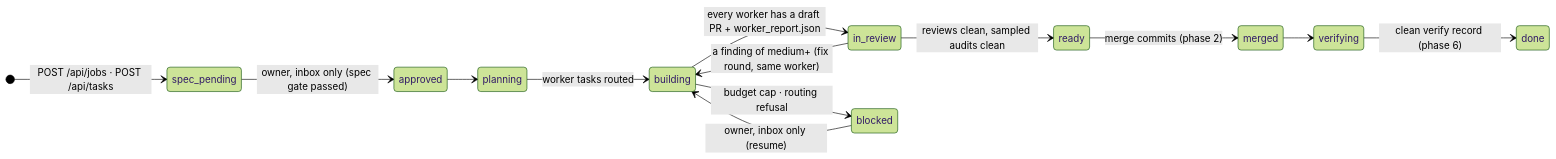
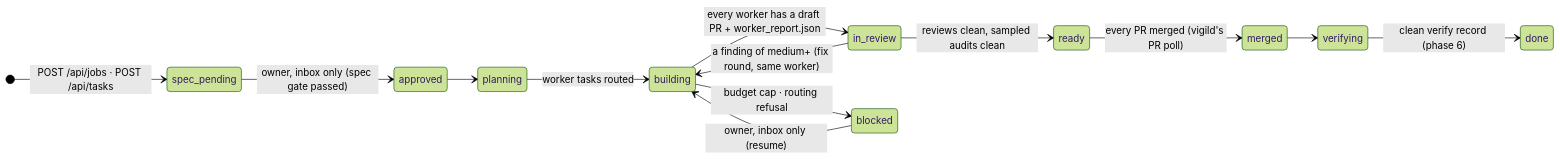
One commit to alienvisitor8675-bit/vigil changed the second of 3 diagrams in docs/architecture.md. Above: the diagram before and after it, drawn with Mermaid (forest theme). The commit also changed other lines of this file and 18 other files, not shown here.

````diff
--- a/docs/architecture.md
+++ b/docs/architecture.md
@@ -208,16 +209,16 @@
 ```mermaid
 stateDiagram-v2
   direction LR
   [*] --> spec_pending: POST /api/jobs · POST /api/tasks
   spec_pending --> approved: owner, inbox only (spec gate passed)
   approved --> planning
   planning --> building: worker tasks routed
   building --> in_review: every worker has a draft PR + worker_report.json
   in_review --> building: a finding of medium+ (fix round, same worker)
   in_review --> ready: reviews clean, sampled audits clean
-  ready --> merged: merge commits (phase 2)
+  ready --> merged: every PR merged (vigild's PR poll)
   merged --> verifying
   verifying --> done: clean verify record (phase 6)
   building --> blocked: budget cap · routing refusal
   blocked --> building: owner, inbox only (resume)
 ```
````
